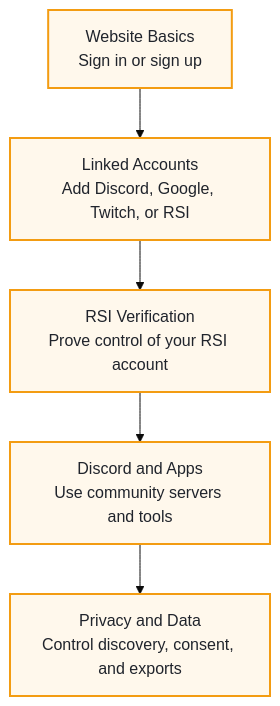
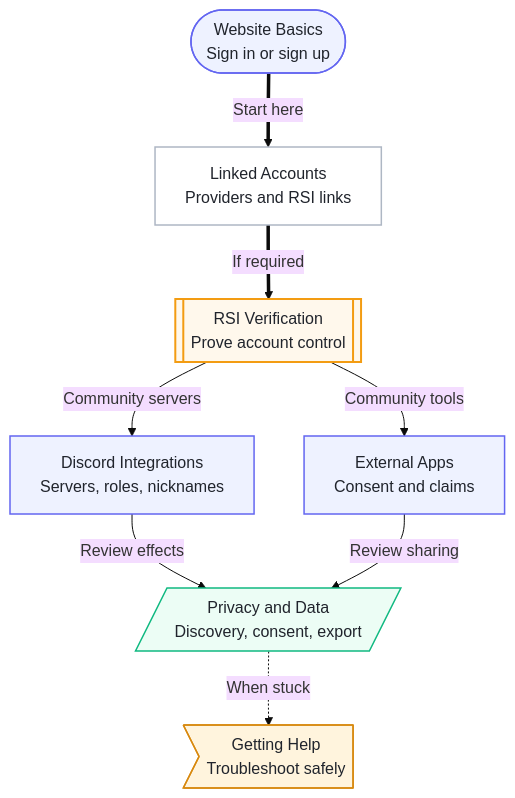
One commit to ArkanisCorporation/CitizenId-docs changed the diagram in docs/players/index.md. Above: the diagram before and after it, drawn with Mermaid (base theme). The commit also changed 8 other files, not shown here.

Commit message:
fix: normalize existing diagram parts

````diff
--- a/docs/players/index.md
+++ b/docs/players/index.md
@@ -17,13 +17,29 @@
 ```mermaid
 flowchart TD
-  website["Website Basics<br/>Sign in or sign up"]
-  accounts["Linked Accounts<br/>Add Discord, Google, Twitch, or RSI"]
-  rsi["RSI Verification<br/>Prove control of your RSI account"]
-  use["Discord and Apps<br/>Use community servers and tools"]
-  privacy["Privacy and Data<br/>Control discovery, consent, and exports"]
+  website(["Website Basics<br/>Sign in or sign up"])
+  accounts["Linked Accounts<br/>Providers and RSI links"]
+  rsi[["RSI Verification<br/>Prove account control"]]
+  discord["Discord Integrations<br/>Servers, roles, nicknames"]
+  apps["External Apps<br/>Consent and claims"]
+  privacy[/"Privacy and Data<br/>Discovery, consent, export"/]
+  support>Getting Help<br/>Troubleshoot safely]
 
-  website --> accounts --> rsi --> use --> privacy
+  website ==>|Start here| accounts
+  accounts ==>|If required| rsi
+  rsi -->|"Community servers"| discord
+  rsi -->|"Community tools"| apps
+  discord -->|"Review effects"| privacy
+  apps -->|"Review sharing"| privacy
+  privacy -. "When stuck" .-> support
 
-  classDef cid fill:#fff8ec,stroke:#F39C12,color:#20242c,stroke-width:2px;
-  class website,accounts,rsi,use,privacy cid;
+  classDef context fill:#eef2ff,stroke:#6366f1,color:#20242c,stroke-width:1.5px;
+  classDef action fill:#ffffff,stroke:#aeb7c4,color:#20242c,stroke-width:1.5px;
+  classDef service fill:#fff8ec,stroke:#F39C12,color:#20242c,stroke-width:2px;
+  classDef data fill:#ecfdf5,stroke:#10b981,color:#20242c,stroke-width:1.5px;
+  classDef caution fill:#fff4dd,stroke:#d8890f,color:#20242c,stroke-width:1.5px;
+  class website,discord,apps context;
+  class accounts action;
+  class rsi service;
+  class privacy data;
+  class support caution;
 ```
````
